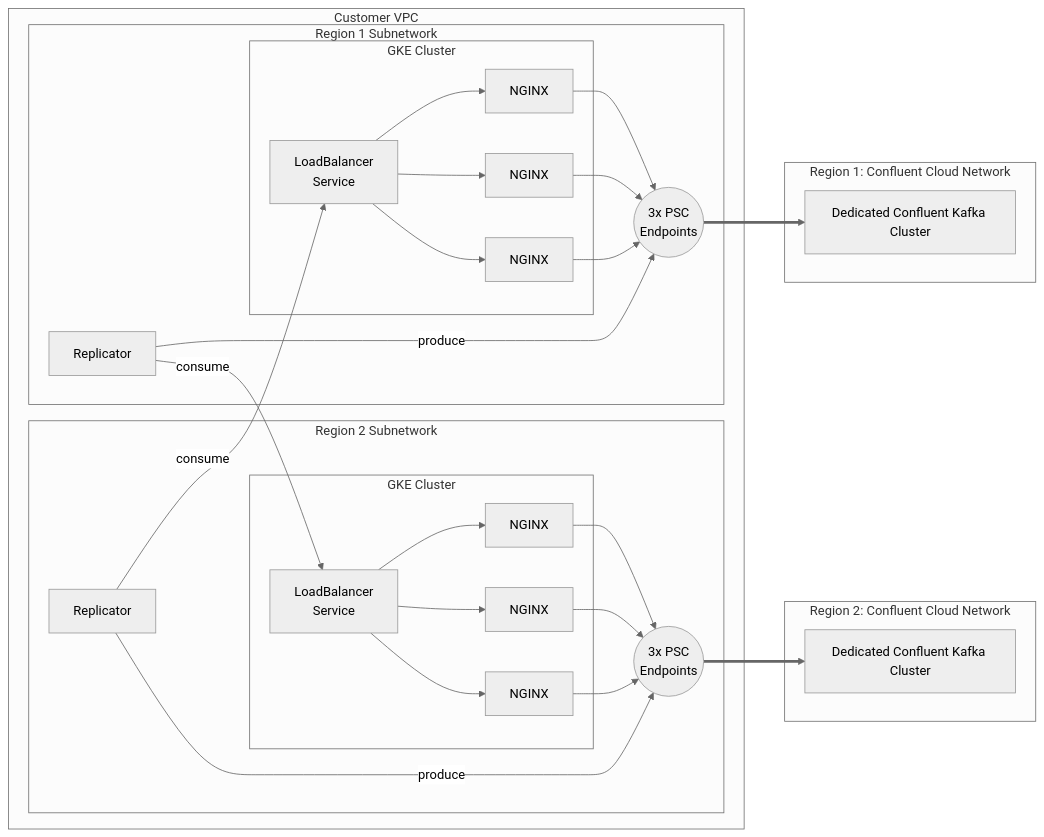
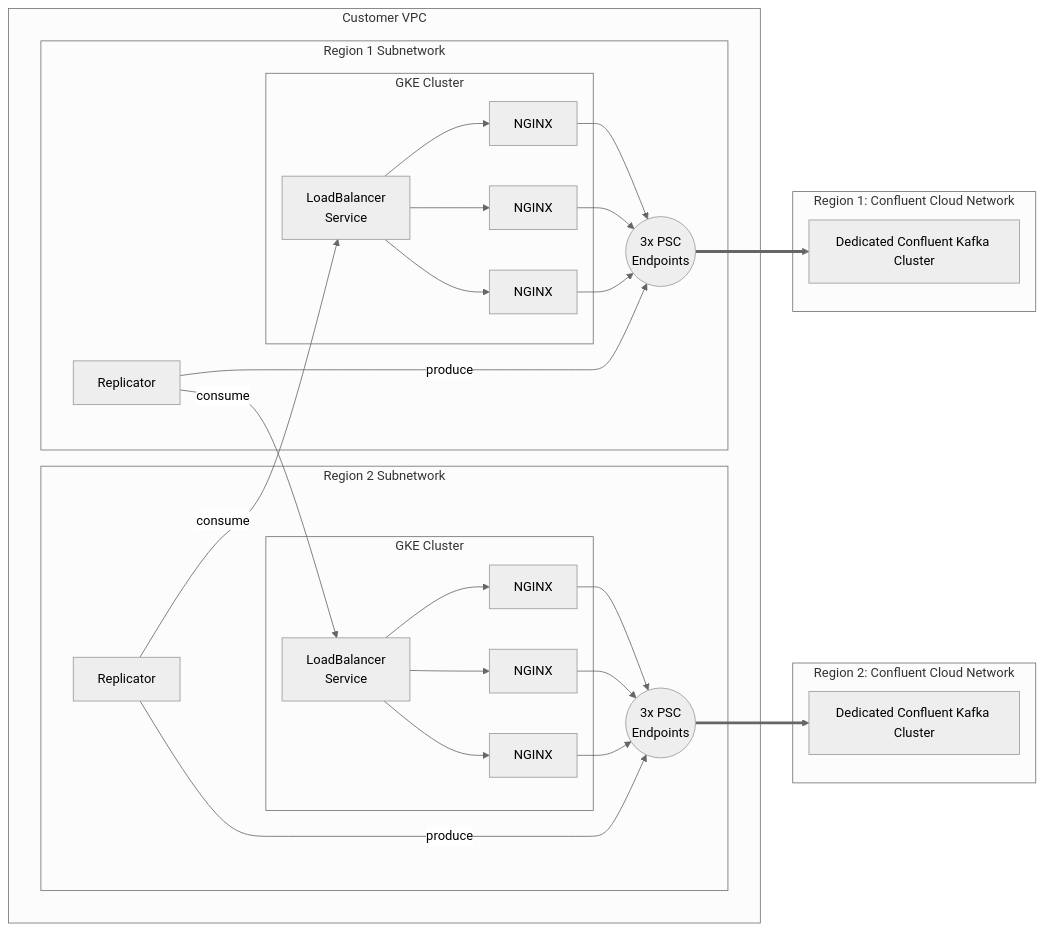
Before and after one commit to justinrlee/terraform-templates: the diagram in cloud-networking/gcp-psc/README.md, drawn with Mermaid.

````diff
--- a/cloud-networking/gcp-psc/README.md
+++ b/cloud-networking/gcp-psc/README.md
@@ -3,62 +3,71 @@
 ```mermaid
-%%{init: {"theme": "neutral", "logLevel": 1 }}%%
+%%{init: {"theme": "neutral", "logLevel": 1, "flowchart": {"rankSpacing": 40}}}%%
 flowchart LR
     K1[Dedicated Confluent Kafka Cluster]
     K2[Dedicated Confluent Kafka Cluster]
     PSC1((3x PSC\nEndpoints))
     PSC2((3x PSC\nEndpoints))
     NGINX1A[NGINX]
     NGINX1B[NGINX]
     NGINX1C[NGINX]
     NGINX2A[NGINX]
     NGINX2B[NGINX]
     NGINX2C[NGINX]
     GLB1[LoadBalancer\nService]
     GLB2[LoadBalancer\nService]
     R1[Replicator]
     R2[Replicator]
 
         subgraph CCN2[Region 2: Confluent Cloud Network]
             K1
         end
         subgraph CCN1[Region 1: Confluent Cloud Network]
             K2
         end
 
-    subgraph Customer VPC
+    classDef padding fill:none,stroke:none
+
+    subgraph vpc[Customer VPC]
+      subgraph pad1[ ]
         subgraph SN1[Region 2 Subnetwork]
-            R1
-
-            subgraph GKE1[GKE Cluster]
-                GLB1
-                    NGINX1A
-                    NGINX1B
-                    NGINX1C
+            subgraph pad2[ ]
+              R1
+              subgraph GKE1[GKE Cluster]
+                  GLB1
+                      NGINX1A
+                      NGINX1B
+                      NGINX1C
+              end
+              PSC1
             end
-            PSC1
         end
         subgraph SN2[Region 1 Subnetwork]
+          subgraph pad3[ ]
             R2
             subgraph GKE2[GKE Cluster]
                 GLB2
                     NGINX2A
                     NGINX2B
                     NGINX2C
             end
             PSC2
+          end
         end
+      end
     end
+
+    class pad1,pad2,pad3 padding
 
 
     GLB1 --> NGINX1A & NGINX1B & NGINX1C --> PSC1
     GLB2 --> NGINX2A & NGINX2B & NGINX2C --> PSC2
 
     PSC1 ==> K1
     PSC2 ==> K2
 
     R1 -- produce --> PSC1
     R1 -- consume --> GLB2
 
     R2 -- consume --> GLB1
     R2 -- produce --> PSC2
 ```
````
